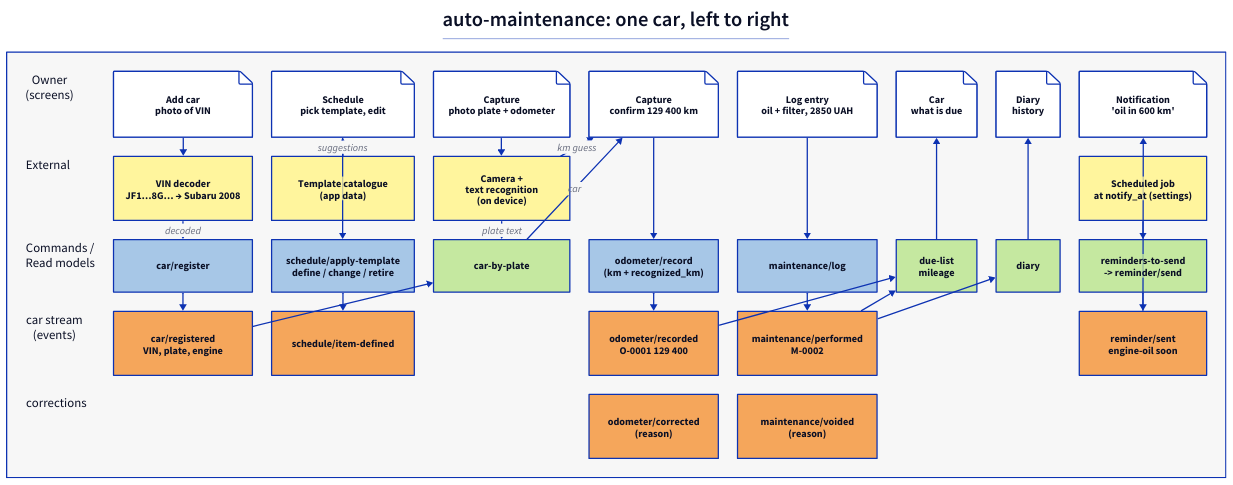
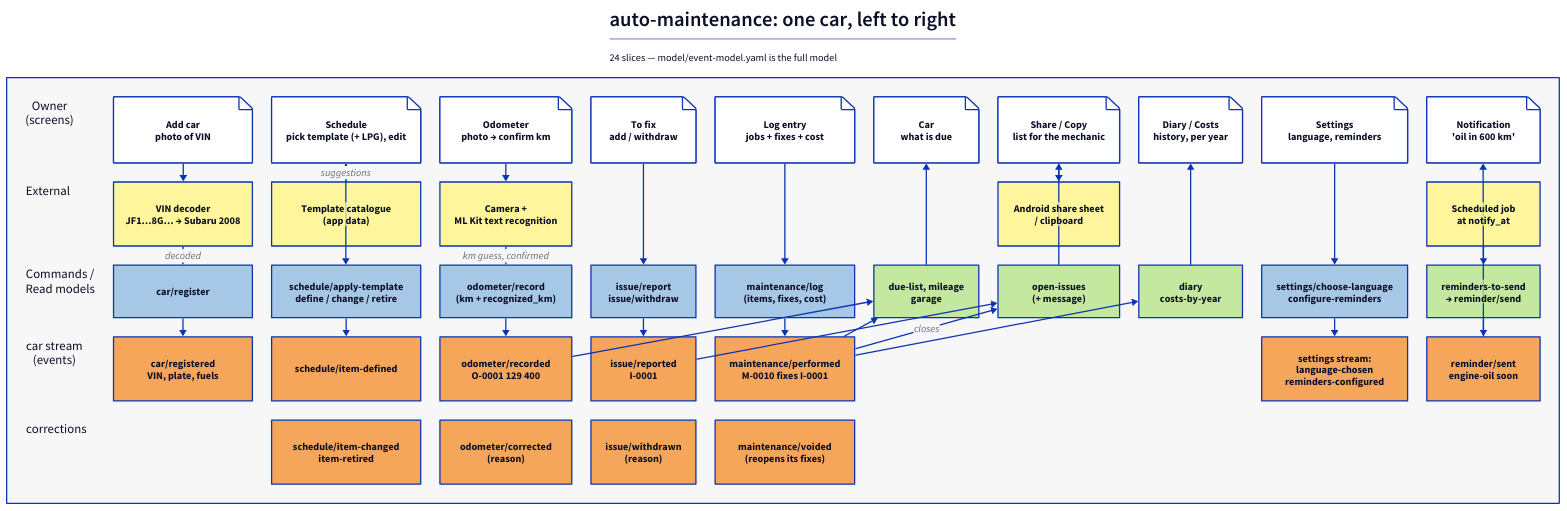
The diagram in model/event-model.d2 (avkoval/odo-and-wrench), drawn with D2 before and after one commit. The commit also changed 3 other files, not shown here.

Commit message:
Redraw the event model diagram: issues, LPG template, costs, settings

```diff
--- a/model/event-model.d2
+++ b/model/event-model.d2
@@ -1,85 +1,100 @@
 title: |md
   # auto-maintenance: one car, left to right
+  24 slices — model/event-model.yaml is the full model
 | {near: top-center}
 
 model: {
   label: ""
   grid-rows: 5
-  grid-columns: 9
+  grid-columns: 11
   grid-gap: 30
   style.fill: "#F7F7F7"
 
   l0: "Owner\n(screens)" {shape: text; style.font-size: 20}
   s_garage: "Add car\nphoto of VIN" {style.fill: "#FFFFFF"; shape: page}
-  s_sched: "Schedule\npick template, edit" {style.fill: "#FFFFFF"; shape: page}
-  s_cap: "Capture\nphoto plate + odometer" {style.fill: "#FFFFFF"; shape: page}
-  s_conf: "Capture\nconfirm 129 400 km" {style.fill: "#FFFFFF"; shape: page}
-  s_log: "Log entry\noil + filter, 2850 UAH" {style.fill: "#FFFFFF"; shape: page}
+  s_sched: "Schedule\npick template (+ LPG), edit" {style.fill: "#FFFFFF"; shape: page}
+  s_cap: "Odometer\nphoto → confirm km" {style.fill: "#FFFFFF"; shape: page}
+  s_issue: "To fix\nadd / withdraw" {style.fill: "#FFFFFF"; shape: page}
+  s_log: "Log entry\njobs + fixes + cost" {style.fill: "#FFFFFF"; shape: page}
   s_car: "Car\nwhat is due" {style.fill: "#FFFFFF"; shape: page}
-  s_diary: "Diary\nhistory" {style.fill: "#FFFFFF"; shape: page}
+  s_share: "Share / Copy\nlist for the mechanic" {style.fill: "#FFFFFF"; shape: page}
+  s_diary: "Diary / Costs\nhistory, per year" {style.fill: "#FFFFFF"; shape: page}
+  s_settings: "Settings\nlanguage, reminders" {style.fill: "#FFFFFF"; shape: page}
   s_notif: "Notification\n'oil in 600 km'" {style.fill: "#FFFFFF"; shape: page}
 
   l1: "External" {shape: text; style.font-size: 20}
   x_vin: "VIN decoder\nJF1…8G… → Subaru 2008" {style.fill: "#FFF59D"}
   x_tpl: "Template catalogue\n(app data)" {style.fill: "#FFF59D"}
-  x_ocr: "Camera +\ntext recognition\n(on device)" {style.fill: "#FFF59D"}
+  x_ocr: "Camera +\nML Kit text recognition" {style.fill: "#FFF59D"}
+  g1: "" {style.opacity: 0}
+  g2: "" {style.opacity: 0}
   g3: "" {style.opacity: 0}
+  x_share: "Android share sheet\n/ clipboard" {style.fill: "#FFF59D"}
   g4: "" {style.opacity: 0}
   g5: "" {style.opacity: 0}
-  g6: "" {style.opacity: 0}
-  x_tick: "Scheduled job\nat notify_at (settings)" {style.fill: "#FFF59D"}
+  x_tick: "Scheduled job\nat notify_at" {style.fill: "#FFF59D"}
 
   l2: "Commands /\nRead models" {shape: text; style.font-size: 20}
   c_reg: "car/register" {style.fill: "#A7C7E7"}
   c_def: "schedule/apply-template\ndefine / change / retire" {style.fill: "#A7C7E7"}
-  rm_plate: "car-by-plate" {style.fill: "#C5E8A0"}
   c_odo: "odometer/record\n(km + recognized_km)" {style.fill: "#A7C7E7"}
-  c_log: "maintenance/log" {style.fill: "#A7C7E7"}
-  rm_due: "due-list\nmileage" {style.fill: "#C5E8A0"}
-  rm_diary: "diary" {style.fill: "#C5E8A0"}
-  rm_rem: "reminders-to-send\n-> reminder/send" {style.fill: "#C5E8A0"}
+  c_issue: "issue/report\nissue/withdraw" {style.fill: "#A7C7E7"}
+  c_log: "maintenance/log\n(items, fixes, cost)" {style.fill: "#A7C7E7"}
+  rm_due: "due-list, mileage\ngarage" {style.fill: "#C5E8A0"}
+  rm_issues: "open-issues\n(+ message)" {style.fill: "#C5E8A0"}
+  rm_diary: "diary\ncosts-by-year" {style.fill: "#C5E8A0"}
+  c_set: "settings/choose-language\nconfigure-reminders" {style.fill: "#A7C7E7"}
+  rm_rem: "reminders-to-send\n→ reminder/send" {style.fill: "#C5E8A0"}
 
   l3: "car stream\n(events)" {shape: text; style.font-size: 20}
-  e_reg: "car/registered\nVIN, plate, engine" {style.fill: "#F5A65B"}
+  e_reg: "car/registered\nVIN, plate, fuels" {style.fill: "#F5A65B"}
   e_def: "schedule/item-defined" {style.fill: "#F5A65B"}
+  e_odo: "odometer/recorded\nO-0001 129 400" {style.fill: "#F5A65B"}
+  e_issue: "issue/reported\nI-0001" {style.fill: "#F5A65B"}
+  e_log: "maintenance/performed\nM-0010 fixes I-0001" {style.fill: "#F5A65B"}
+  g6: "" {style.opacity: 0}
   g7: "" {style.opacity: 0}
-  e_odo: "odometer/recorded\nO-0001 129 400" {style.fill: "#F5A65B"}
-  e_log: "maintenance/performed\nM-0002" {style.fill: "#F5A65B"}
   g8: "" {style.opacity: 0}
-  g9: "" {style.opacity: 0}
+  e_set: "settings stream:\nlanguage-chosen\nreminders-configured" {style.fill: "#F5A65B"}
   e_rem: "reminder/sent\nengine-oil soon" {style.fill: "#F5A65B"}
 
   l4: "corrections" {shape: text; style.font-size: 20}
   g10: "" {style.opacity: 0}
+  e_chg: "schedule/item-changed\nitem-retired" {style.fill: "#F5A65B"}
+  e_corr: "odometer/corrected\n(reason)" {style.fill: "#F5A65B"}
+  e_wd: "issue/withdrawn\n(reason)" {style.fill: "#F5A65B"}
+  e_void: "maintenance/voided\n(reopens its fixes)" {style.fill: "#F5A65B"}
   g11: "" {style.opacity: 0}
   g12: "" {style.opacity: 0}
-  e_corr: "odometer/corrected\n(reason)" {style.fill: "#F5A65B"}
-  e_void: "maintenance/voided\n(reason)" {style.fill: "#F5A65B"}
   g13: "" {style.opacity: 0}
   g14: "" {style.opacity: 0}
   g15: "" {style.opacity: 0}
 }
 
 model.s_garage -> model.x_vin
 model.x_vin -> model.c_reg: decoded
 model.c_reg -> model.e_reg
 model.x_tpl -> model.s_sched: suggestions
 model.s_sched -> model.c_def
 model.c_def -> model.e_def
-model.e_reg -> model.rm_plate
 model.s_cap -> model.x_ocr
-model.x_ocr -> model.rm_plate: plate text
-model.x_ocr -> model.s_conf: km guess
-model.rm_plate -> model.s_conf: car
-model.s_conf -> model.c_odo
+model.x_ocr -> model.c_odo: km guess, confirmed
 model.c_odo -> model.e_odo
+model.s_issue -> model.c_issue
+model.c_issue -> model.e_issue
 model.s_log -> model.c_log
 model.c_log -> model.e_log
 model.e_odo -> model.rm_due
 model.e_log -> model.rm_due
+model.e_issue -> model.rm_issues
+model.e_log -> model.rm_issues: closes
+model.rm_due -> model.s_car
+model.rm_issues -> model.s_share
+model.s_share -> model.x_share
 model.e_log -> model.rm_diary
-model.rm_due -> model.s_car
 model.rm_diary -> model.s_diary
+model.s_settings -> model.c_set
+model.c_set -> model.e_set
 model.x_tick -> model.rm_rem
 model.rm_rem -> model.e_rem
 model.e_rem -> model.s_notif
```
